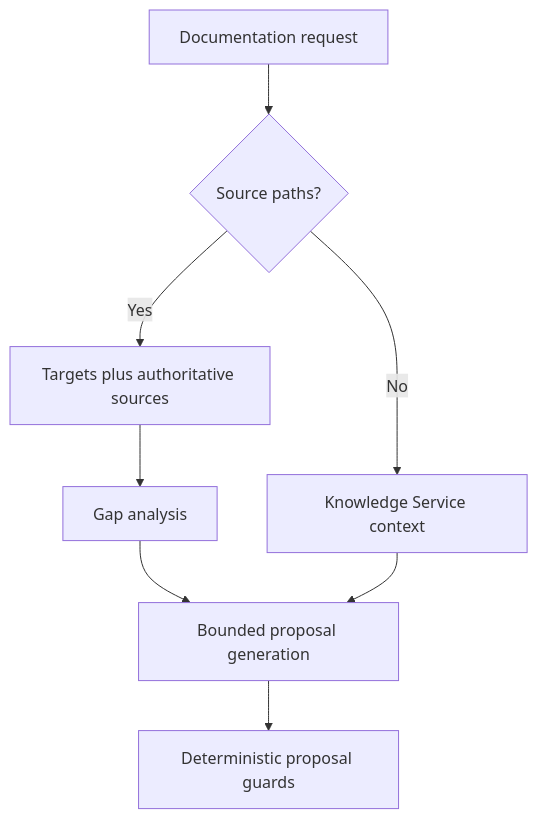
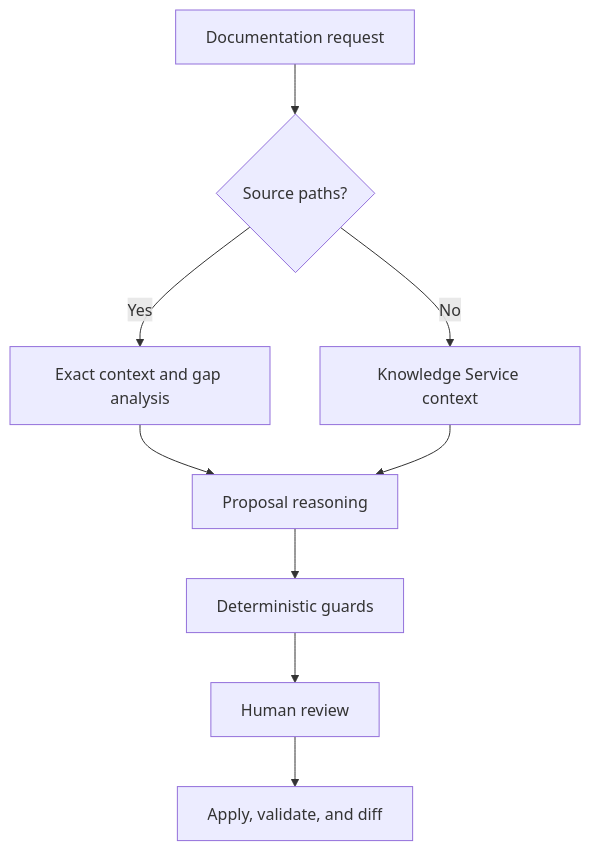
The second of 2 diagrams in docs/agents/documentation/Documentation_Agent_Architecture.md (pgailinas/project0), drawn with Mermaid before and after one commit. The commit also changed other lines of this file and 1 other file, not shown here.

Commit message:
Update 2 Architecture documents

````diff
--- a/docs/agents/documentation/Documentation_Agent_Architecture.md
+++ b/docs/agents/documentation/Documentation_Agent_Architecture.md
@@ -96,10 +65,11 @@
 ```mermaid
 flowchart TD
-    Request["Documentation request"] --> SourceCheck{"Source paths?"}
-    SourceCheck -->|Yes| ExactContext["Targets plus authoritative sources"]
-    ExactContext --> GapAnalysis["Gap analysis"]
-    GapAnalysis --> ProposalReasoning["Bounded proposal generation"]
-    SourceCheck -->|No| Knowledge["Knowledge Service context"]
-    Knowledge --> ProposalReasoning
-    ProposalReasoning --> Guards["Deterministic proposal guards"]
+    Q["Documentation request"] --> C{"Source paths?"}
+    C -->|Yes| G["Exact context and gap analysis"]
+    C -->|No| K["Knowledge Service context"]
+    G --> P["Proposal reasoning"]
+    K --> P
+    P --> D["Deterministic guards"]
+    D --> H["Human review"]
+    H --> F["Apply, validate, and diff"]
 ```
````
